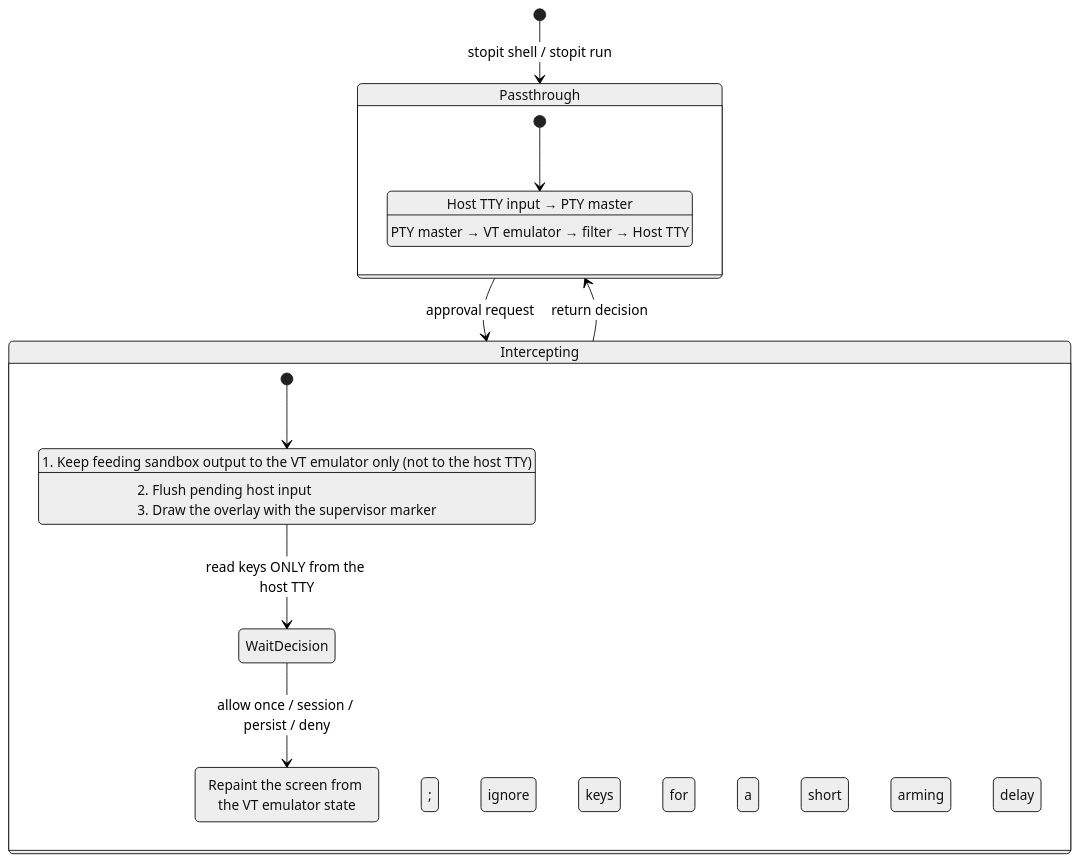
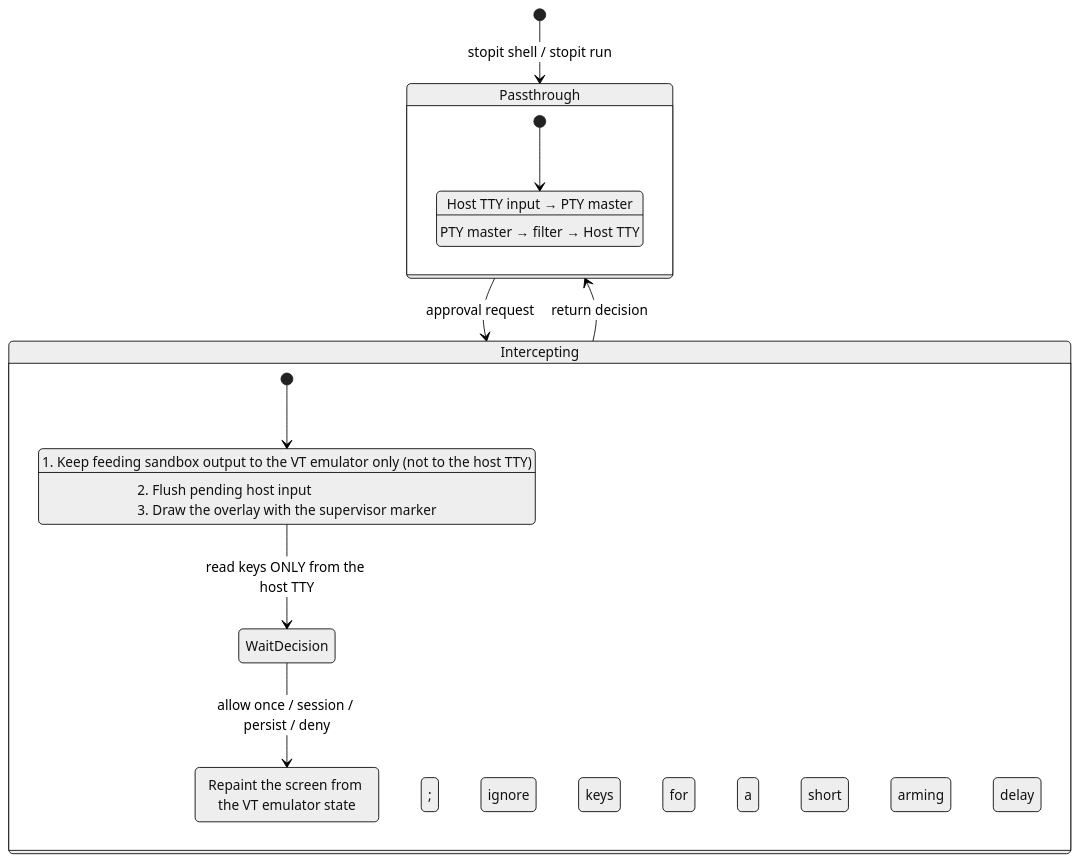
Before and after one commit to adsnaider/stopit: the second of 2 diagrams in DESIGN.md, drawn with Mermaid (neutral theme). The commit also changed other lines of this file and 8 other files, not shown here.

````diff
--- a/DESIGN.md
+++ b/DESIGN.md
@@ -498,24 +503,24 @@
 ```mermaid
 stateDiagram-v2
     [*] --> Passthrough: stopit shell / stopit run
 
     state Passthrough {
         [*] --> Forwarding
         Forwarding: Host TTY input → PTY master
-        Forwarding: PTY master → VT emulator → filter → Host TTY
+        Forwarding: PTY master → filter → Host TTY
     }
 
     Passthrough --> Intercepting: approval request
 
     state Intercepting {
         [*] --> Overlay
         Overlay: 1. Keep feeding sandbox output to the VT emulator only (not to the host TTY)
         Overlay: 2. Flush pending host input; ignore keys for a short arming delay
         Overlay: 3. Draw the overlay with the supervisor marker
         Overlay --> WaitDecision: read keys ONLY from the host TTY
         WaitDecision --> Restore: allow once / session / persist / deny
         Restore: Repaint the screen from the VT emulator state
     }
 
     Intercepting --> Passthrough: return decision
 ```
````
